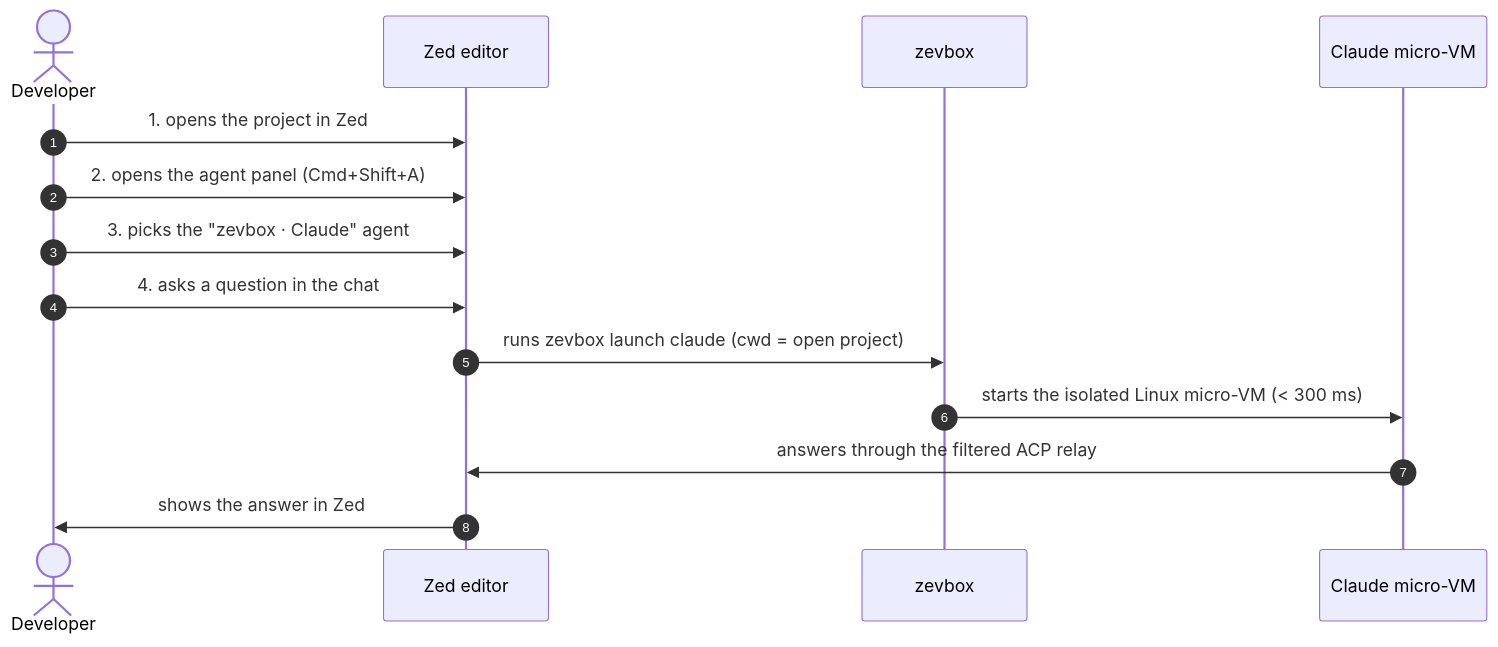
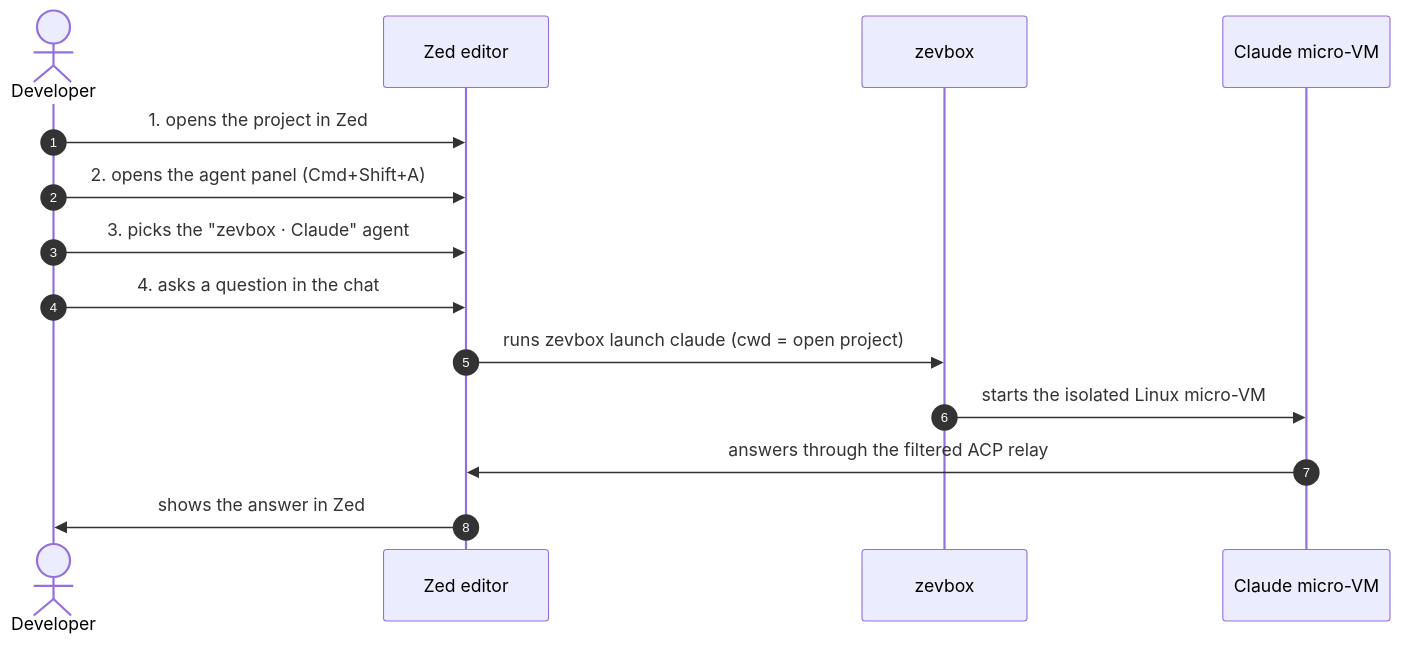
Before and after one commit to brainztorm/zevbox: the third of 3 diagrams in docs/USER_GUIDE.md, drawn with Mermaid. The commit also changed other lines of this file and 12 other files, not shown here.

````diff
--- a/docs/USER_GUIDE.md
+++ b/docs/USER_GUIDE.md
@@ -318,17 +326,17 @@
 ```mermaid
 sequenceDiagram
     autonumber
     actor User as Developer
     participant Zed as Zed editor
     participant Zevbox as zevbox
     participant VM as Claude micro-VM
 
     User->>Zed: 1. opens the project in Zed
     User->>Zed: 2. opens the agent panel (Cmd+Shift+A)
     User->>Zed: 3. picks the "zevbox · Claude" agent
     User->>Zed: 4. asks a question in the chat
     Zed->>Zevbox: runs zevbox launch claude (cwd = open project)
-    Zevbox->>VM: starts the isolated Linux micro-VM (< 300 ms)
+    Zevbox->>VM: starts the isolated Linux micro-VM
     VM->>Zed: answers through the filtered ACP relay
     Zed->>User: shows the answer in Zed
 ```
````
